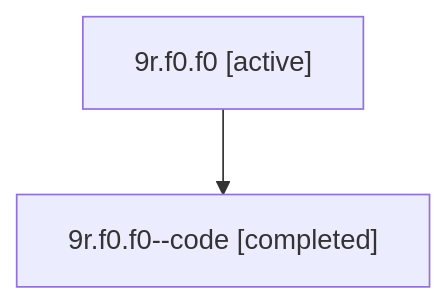
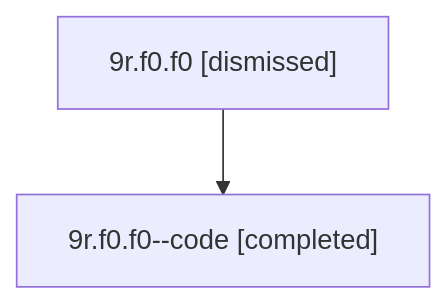
The diagram in sessions/bbugyi200.athena.9r.f0.f0.md (bobs-org/bob-cli--agents), drawn with Mermaid before and after one commit. The commit also changed other lines of this file and 34 other files, not shown here.

````diff
--- a/sessions/bbugyi200.athena.9r.f0.f0.md
+++ b/sessions/bbugyi200.athena.9r.f0.f0.md
@@ -9,6 +9,6 @@
 ```mermaid
 flowchart TD
-  n0["9r.f0.f0 [active]"]
+  n0["9r.f0.f0 [dismissed]"]
   n1["9r.f0.f0--code [completed]"]
   n0 --> n1
 ```
````
